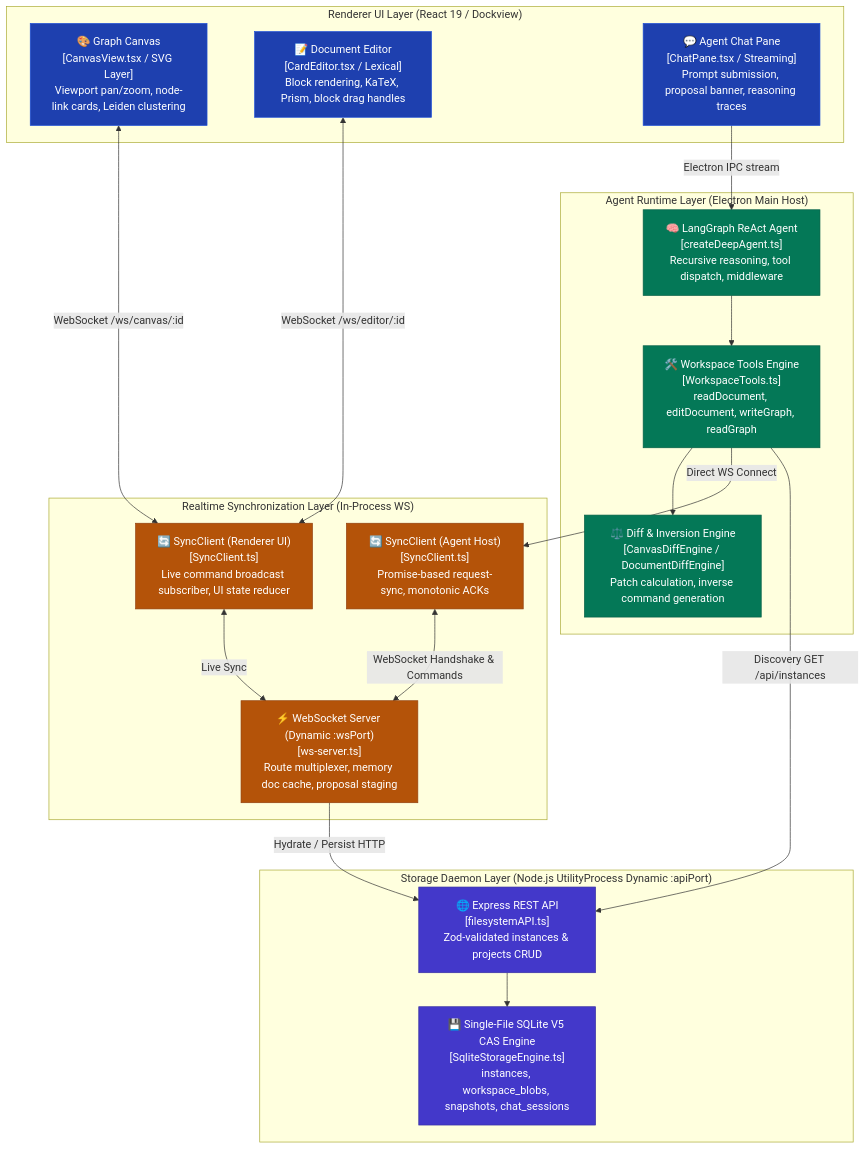
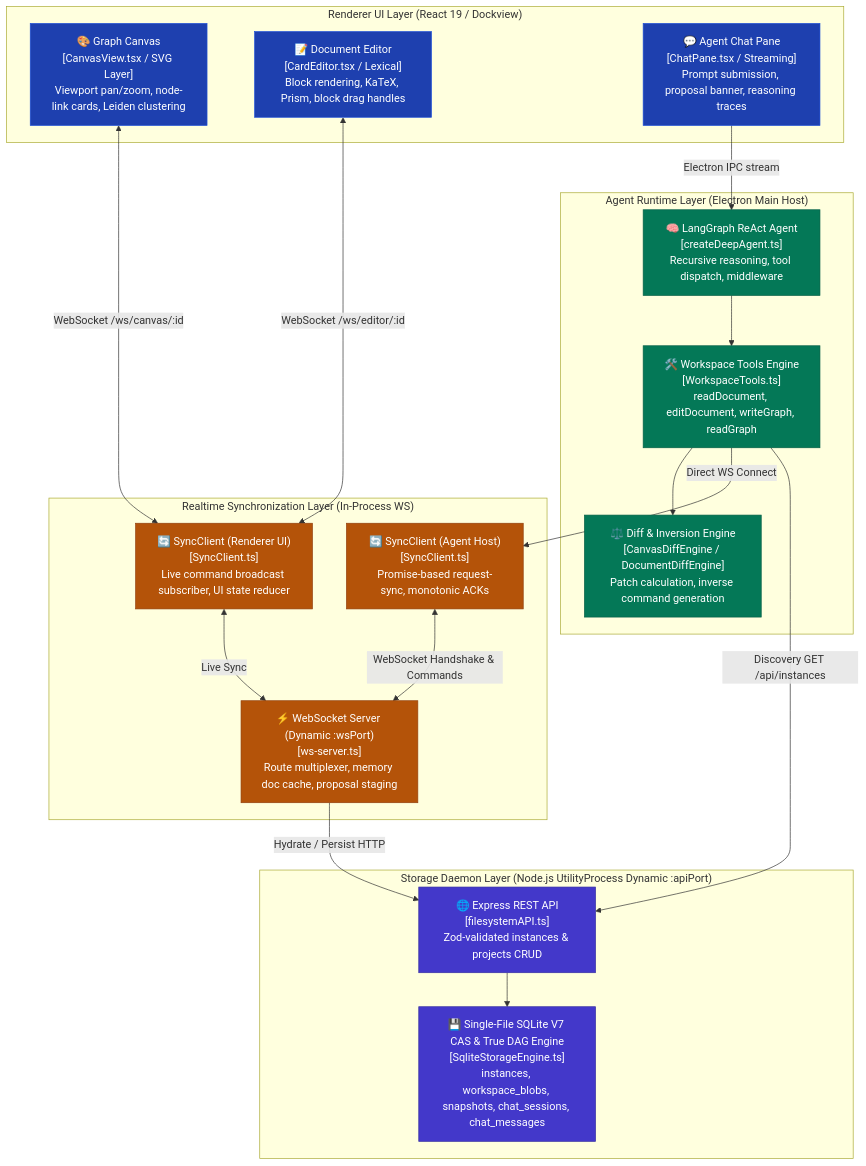
Before and after one commit to Goldwaterfung/Collaragent: the first of 4 diagrams in docs/design-catalog/core-engine-wiring.md, drawn with Mermaid. The commit also changed other lines of this file and 595 other files, not shown here.

Commit message:
ci: Refactor architecture to event-driven, eliminate hardcoded timeout

````diff
--- a/docs/design-catalog/core-engine-wiring.md
+++ b/docs/design-catalog/core-engine-wiring.md
@@ -11,47 +11,47 @@
 ```mermaid
 flowchart TB
     %% Architecture Topology Styling
     classDef ui fill:#1e40af,stroke:#1d4ed8,color:#fff;
     classDef agent fill:#047857,stroke:#065f46,color:#fff;
     classDef sync fill:#b45309,stroke:#92400e,color:#fff;
     classDef storage fill:#4338ca,stroke:#3730a3,color:#fff;
     classDef boundary fill:none,stroke:#64748b,stroke-width:2px,stroke-dasharray: 4 4;
 
     subgraph RendererLayer ["Renderer UI Layer (React 19 / Dockview)"]
         CanvasView["🎨 Graph Canvas<br/>[CanvasView.tsx / SVG Layer]<br/>Viewport pan/zoom, node-link cards, Leiden clustering"]:::ui
         EditorView["📝 Document Editor<br/>[CardEditor.tsx / Lexical]<br/>Block rendering, KaTeX, Prism, block drag handles"]:::ui
         ChatView["💬 Agent Chat Pane<br/>[ChatPane.tsx / Streaming]<br/>Prompt submission, proposal banner, reasoning traces"]:::ui
     end
 
     subgraph AgentLayer ["Agent Runtime Layer (Electron Main Host)"]
         AgentEngine["🧠 LangGraph ReAct Agent<br/>[createDeepAgent.ts]<br/>Recursive reasoning, tool dispatch, middleware"]:::agent
         WorkspaceTools["🛠️ Workspace Tools Engine<br/>[WorkspaceTools.ts]<br/>readDocument, editDocument, writeGraph, readGraph"]:::agent
         DiffEngine["⚖️ Diff & Inversion Engine<br/>[CanvasDiffEngine / DocumentDiffEngine]<br/>Patch calculation, inverse command generation"]:::agent
     end
 
     subgraph SyncLayer ["Realtime Synchronization Layer (In-Process WS)"]
         WSServer["⚡ WebSocket Server (Dynamic :wsPort)<br/>[ws-server.ts]<br/>Route multiplexer, memory doc cache, proposal staging"]:::sync
         SyncClientAgent["🔄 SyncClient (Agent Host)<br/>[SyncClient.ts]<br/>Promise-based request-sync, monotonic ACKs"]:::sync
         SyncClientUI["🔄 SyncClient (Renderer UI)<br/>[SyncClient.ts]<br/>Live command broadcast subscriber, UI state reducer"]:::sync
     end
 
     subgraph StorageLayer ["Storage Daemon Layer (Node.js UtilityProcess Dynamic :apiPort)"]
         RESTServer["🌐 Express REST API<br/>[filesystemAPI.ts]<br/>Zod-validated instances & projects CRUD"]:::storage
-        SqliteEngine["💾 Single-File SQLite V5 CAS Engine<br/>[SqliteStorageEngine.ts]<br/>instances, workspace_blobs, snapshots, chat_sessions"]:::storage
+        SqliteEngine["💾 Single-File SQLite V7 CAS & True DAG Engine<br/>[SqliteStorageEngine.ts]<br/>instances, workspace_blobs, snapshots, chat_sessions, chat_messages"]:::storage
     end
 
     %% Wiring Connections
     ChatView -->|"Electron IPC stream"| AgentEngine
     AgentEngine --> WorkspaceTools
     WorkspaceTools --> DiffEngine
     WorkspaceTools -->|"Direct WS Connect"| SyncClientAgent
     SyncClientAgent <-->|"WebSocket Handshake & Commands"| WSServer
 
     CanvasView <-->|"WebSocket /ws/canvas/:id"| SyncClientUI
     EditorView <-->|"WebSocket /ws/editor/:id"| SyncClientUI
     SyncClientUI <-->|"Live Sync"| WSServer
 
     WSServer -->|"Hydrate / Persist HTTP"| RESTServer
     WorkspaceTools -->|"Discovery GET /api/instances"| RESTServer
     RESTServer --> SqliteEngine
 ```
````
